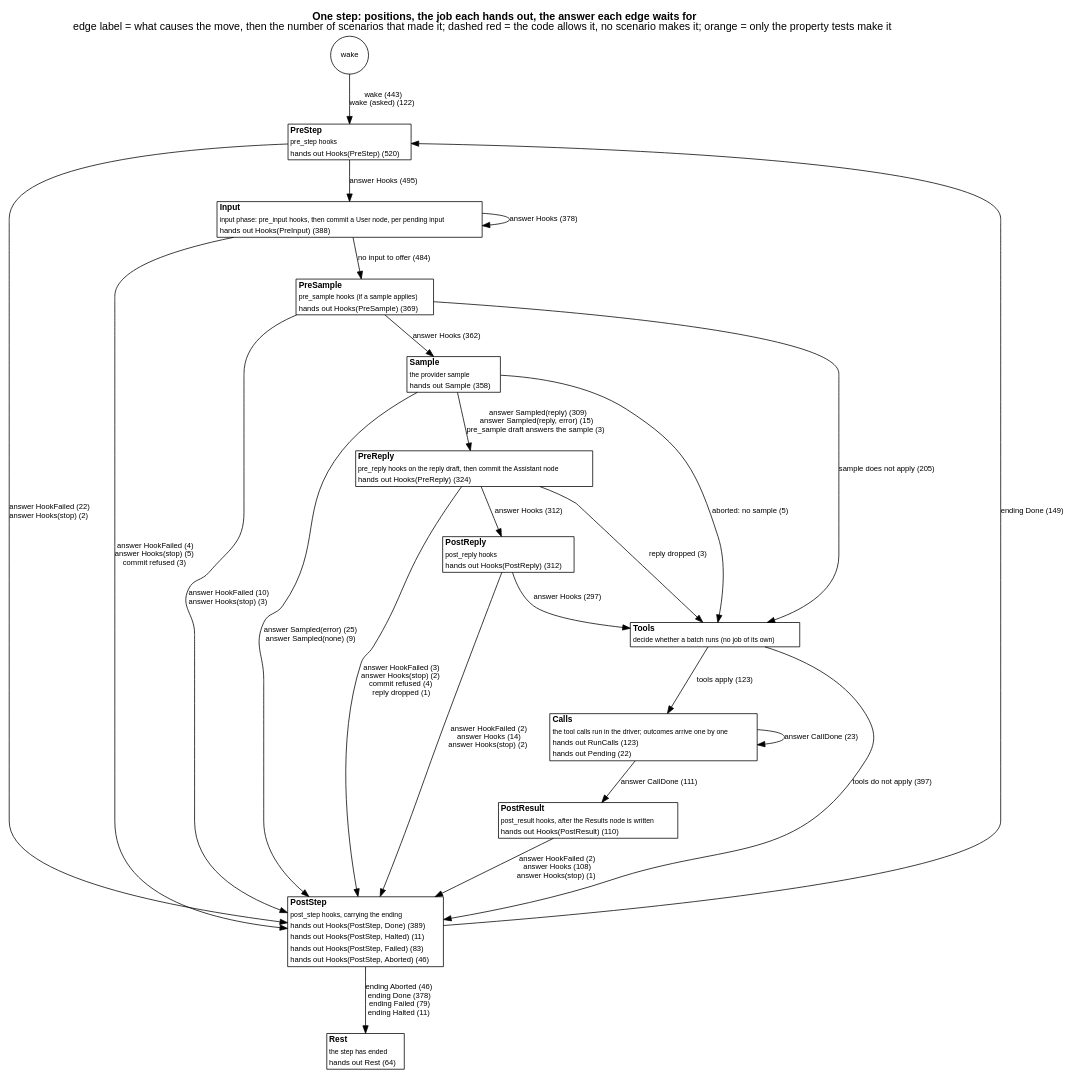
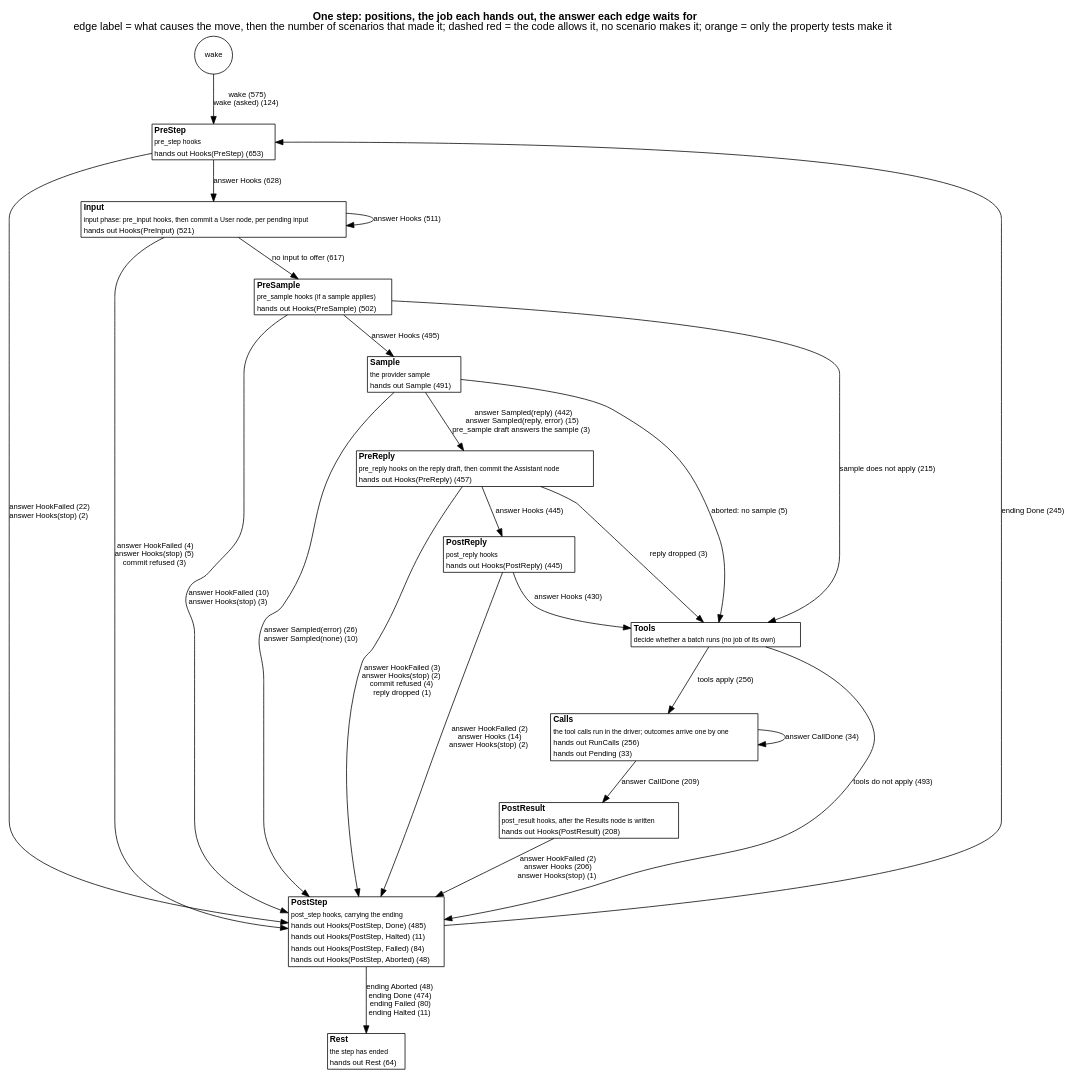
One commit to jmccardle/tau changed the diagram in docs/as-built/diagrams/step-positions.dot. Above: the diagram before and after it, drawn with Graphviz. The commit also changed 40 other files, not shown here.

```diff
--- a/docs/as-built/diagrams/step-positions.dot
+++ b/docs/as-built/diagrams/step-positions.dot
@@ -1,42 +1,42 @@
 // Generated by scripts/diagrams.sh from the test suites' transitions. Do not edit.
 digraph step_positions {
   graph [rankdir=TB, fontname="Helvetica", nodesep=0.5, ranksep=0.6, labelloc=t, label=<<b>One step: positions, the job each hands out, the answer each edge waits for</b><br/>edge label = what causes the move, then the number of scenarios that made it; dashed red = the code allows it, no scenario makes it; orange = only the property tests make it>];
   node [shape=plain, fontname="Helvetica", fontsize=11];
   edge [fontname="Helvetica", fontsize=10];
   "(wake)" [shape=circle, label="wake", fontsize=10];
-  "PreStep" [label=<<table border="1" cellborder="0" cellspacing="0" bgcolor="white"><tr><td align="left"><b>PreStep</b></td></tr><tr><td align="left"><font point-size="9">pre_step hooks</font></td></tr><tr><td align="left"><font color="black" point-size="10">hands out Hooks(PreStep) (520)</font></td></tr></table>>];
-  "Input" [label=<<table border="1" cellborder="0" cellspacing="0" bgcolor="white"><tr><td align="left"><b>Input</b></td></tr><tr><td align="left"><font point-size="9">input phase: pre_input hooks, then commit a User node, per pending input</font></td></tr><tr><td align="left"><font color="black" point-size="10">hands out Hooks(PreInput) (388)</font></td></tr></table>>];
-  "PreSample" [label=<<table border="1" cellborder="0" cellspacing="0" bgcolor="white"><tr><td align="left"><b>PreSample</b></td></tr><tr><td align="left"><font point-size="9">pre_sample hooks (if a sample applies)</font></td></tr><tr><td align="left"><font color="black" point-size="10">hands out Hooks(PreSample) (369)</font></td></tr></table>>];
-  "Sample" [label=<<table border="1" cellborder="0" cellspacing="0" bgcolor="white"><tr><td align="left"><b>Sample</b></td></tr><tr><td align="left"><font point-size="9">the provider sample</font></td></tr><tr><td align="left"><font color="black" point-size="10">hands out Sample (358)</font></td></tr></table>>];
-  "PreReply" [label=<<table border="1" cellborder="0" cellspacing="0" bgcolor="white"><tr><td align="left"><b>PreReply</b></td></tr><tr><td align="left"><font point-size="9">pre_reply hooks on the reply draft, then commit the Assistant node</font></td></tr><tr><td align="left"><font color="black" point-size="10">hands out Hooks(PreReply) (324)</font></td></tr></table>>];
-  "PostReply" [label=<<table border="1" cellborder="0" cellspacing="0" bgcolor="white"><tr><td align="left"><b>PostReply</b></td></tr><tr><td align="left"><font point-size="9">post_reply hooks</font></td></tr><tr><td align="left"><font color="black" point-size="10">hands out Hooks(PostReply) (312)</font></td></tr></table>>];
+  "PreStep" [label=<<table border="1" cellborder="0" cellspacing="0" bgcolor="white"><tr><td align="left"><b>PreStep</b></td></tr><tr><td align="left"><font point-size="9">pre_step hooks</font></td></tr><tr><td align="left"><font color="black" point-size="10">hands out Hooks(PreStep) (653)</font></td></tr></table>>];
+  "Input" [label=<<table border="1" cellborder="0" cellspacing="0" bgcolor="white"><tr><td align="left"><b>Input</b></td></tr><tr><td align="left"><font point-size="9">input phase: pre_input hooks, then commit a User node, per pending input</font></td></tr><tr><td align="left"><font color="black" point-size="10">hands out Hooks(PreInput) (521)</font></td></tr></table>>];
+  "PreSample" [label=<<table border="1" cellborder="0" cellspacing="0" bgcolor="white"><tr><td align="left"><b>PreSample</b></td></tr><tr><td align="left"><font point-size="9">pre_sample hooks (if a sample applies)</font></td></tr><tr><td align="left"><font color="black" point-size="10">hands out Hooks(PreSample) (502)</font></td></tr></table>>];
+  "Sample" [label=<<table border="1" cellborder="0" cellspacing="0" bgcolor="white"><tr><td align="left"><b>Sample</b></td></tr><tr><td align="left"><font point-size="9">the provider sample</font></td></tr><tr><td align="left"><font color="black" point-size="10">hands out Sample (491)</font></td></tr></table>>];
+  "PreReply" [label=<<table border="1" cellborder="0" cellspacing="0" bgcolor="white"><tr><td align="left"><b>PreReply</b></td></tr><tr><td align="left"><font point-size="9">pre_reply hooks on the reply draft, then commit the Assistant node</font></td></tr><tr><td align="left"><font color="black" point-size="10">hands out Hooks(PreReply) (457)</font></td></tr></table>>];
+  "PostReply" [label=<<table border="1" cellborder="0" cellspacing="0" bgcolor="white"><tr><td align="left"><b>PostReply</b></td></tr><tr><td align="left"><font point-size="9">post_reply hooks</font></td></tr><tr><td align="left"><font color="black" point-size="10">hands out Hooks(PostReply) (445)</font></td></tr></table>>];
   "Tools" [label=<<table border="1" cellborder="0" cellspacing="0" bgcolor="white"><tr><td align="left"><b>Tools</b></td></tr><tr><td align="left"><font point-size="9">decide whether a batch runs (no job of its own)</font></td></tr></table>>];
-  "Calls" [label=<<table border="1" cellborder="0" cellspacing="0" bgcolor="white"><tr><td align="left"><b>Calls</b></td></tr><tr><td align="left"><font point-size="9">the tool calls run in the driver; outcomes arrive one by one</font></td></tr><tr><td align="left"><font color="black" point-size="10">hands out RunCalls (123)</font></td></tr><tr><td align="left"><font color="black" point-size="10">hands out Pending (22)</font></td></tr></table>>];
-  "PostResult" [label=<<table border="1" cellborder="0" cellspacing="0" bgcolor="white"><tr><td align="left"><b>PostResult</b></td></tr><tr><td align="left"><font point-size="9">post_result hooks, after the Results node is written</font></td></tr><tr><td align="left"><font color="black" point-size="10">hands out Hooks(PostResult) (110)</font></td></tr></table>>];
-  "PostStep" [label=<<table border="1" cellborder="0" cellspacing="0" bgcolor="white"><tr><td align="left"><b>PostStep</b></td></tr><tr><td align="left"><font point-size="9">post_step hooks, carrying the ending</font></td></tr><tr><td align="left"><font color="black" point-size="10">hands out Hooks(PostStep, Done) (389)</font></td></tr><tr><td align="left"><font color="black" point-size="10">hands out Hooks(PostStep, Halted) (11)</font></td></tr><tr><td align="left"><font color="black" point-size="10">hands out Hooks(PostStep, Failed) (83)</font></td></tr><tr><td align="left"><font color="black" point-size="10">hands out Hooks(PostStep, Aborted) (46)</font></td></tr></table>>];
+  "Calls" [label=<<table border="1" cellborder="0" cellspacing="0" bgcolor="white"><tr><td align="left"><b>Calls</b></td></tr><tr><td align="left"><font point-size="9">the tool calls run in the driver; outcomes arrive one by one</font></td></tr><tr><td align="left"><font color="black" point-size="10">hands out RunCalls (256)</font></td></tr><tr><td align="left"><font color="black" point-size="10">hands out Pending (33)</font></td></tr></table>>];
+  "PostResult" [label=<<table border="1" cellborder="0" cellspacing="0" bgcolor="white"><tr><td align="left"><b>PostResult</b></td></tr><tr><td align="left"><font point-size="9">post_result hooks, after the Results node is written</font></td></tr><tr><td align="left"><font color="black" point-size="10">hands out Hooks(PostResult) (208)</font></td></tr></table>>];
+  "PostStep" [label=<<table border="1" cellborder="0" cellspacing="0" bgcolor="white"><tr><td align="left"><b>PostStep</b></td></tr><tr><td align="left"><font point-size="9">post_step hooks, carrying the ending</font></td></tr><tr><td align="left"><font color="black" point-size="10">hands out Hooks(PostStep, Done) (485)</font></td></tr><tr><td align="left"><font color="black" point-size="10">hands out Hooks(PostStep, Halted) (11)</font></td></tr><tr><td align="left"><font color="black" point-size="10">hands out Hooks(PostStep, Failed) (84)</font></td></tr><tr><td align="left"><font color="black" point-size="10">hands out Hooks(PostStep, Aborted) (48)</font></td></tr></table>>];
   "Rest" [label=<<table border="1" cellborder="0" cellspacing="0" bgcolor="white"><tr><td align="left"><b>Rest</b></td></tr><tr><td align="left"><font point-size="9">the step has ended</font></td></tr><tr><td align="left"><font color="black" point-size="10">hands out Rest (64)</font></td></tr></table>>];
-  "(wake)" -> "PreStep" [label=<wake (443)<br/>wake (asked) (122)>, color="black", style=solid];
-  "Calls" -> "Calls" [label=<answer CallDone (23)>, color="black", style=solid];
-  "Calls" -> "PostResult" [label=<answer CallDone (111)>, color="black", style=solid];
-  "Input" -> "Input" [label=<answer Hooks (378)>, color="black", style=solid];
+  "(wake)" -> "PreStep" [label=<wake (575)<br/>wake (asked) (124)>, color="black", style=solid];
+  "Calls" -> "Calls" [label=<answer CallDone (34)>, color="black", style=solid];
+  "Calls" -> "PostResult" [label=<answer CallDone (209)>, color="black", style=solid];
+  "Input" -> "Input" [label=<answer Hooks (511)>, color="black", style=solid];
   "Input" -> "PostStep" [label=<answer HookFailed (4)<br/>answer Hooks(stop) (5)<br/>commit refused (3)>, color="black", style=solid];
-  "Input" -> "PreSample" [label=<no input to offer (484)>, color="black", style=solid];
+  "Input" -> "PreSample" [label=<no input to offer (617)>, color="black", style=solid];
   "PostReply" -> "PostStep" [label=<answer HookFailed (2)<br/>answer Hooks (14)<br/>answer Hooks(stop) (2)>, color="black", style=solid];
-  "PostReply" -> "Tools" [label=<answer Hooks (297)>, color="black", style=solid];
-  "PostResult" -> "PostStep" [label=<answer HookFailed (2)<br/>answer Hooks (108)<br/>answer Hooks(stop) (1)>, color="black", style=solid];
-  "PostStep" -> "PreStep" [label=<ending Done (149)>, color="black", style=solid];
-  "PostStep" -> "Rest" [label=<ending Aborted (46)<br/>ending Done (378)<br/>ending Failed (79)<br/>ending Halted (11)>, color="black", style=solid];
-  "PreReply" -> "PostReply" [label=<answer Hooks (312)>, color="black", style=solid];
+  "PostReply" -> "Tools" [label=<answer Hooks (430)>, color="black", style=solid];
+  "PostResult" -> "PostStep" [label=<answer HookFailed (2)<br/>answer Hooks (206)<br/>answer Hooks(stop) (1)>, color="black", style=solid];
+  "PostStep" -> "PreStep" [label=<ending Done (245)>, color="black", style=solid];
+  "PostStep" -> "Rest" [label=<ending Aborted (48)<br/>ending Done (474)<br/>ending Failed (80)<br/>ending Halted (11)>, color="black", style=solid];
+  "PreReply" -> "PostReply" [label=<answer Hooks (445)>, color="black", style=solid];
   "PreReply" -> "PostStep" [label=<answer HookFailed (3)<br/>answer Hooks(stop) (2)<br/>commit refused (4)<br/>reply dropped (1)>, color="black", style=solid];
   "PreReply" -> "Tools" [label=<reply dropped (3)>, color="black", style=solid];
   "PreSample" -> "PostStep" [label=<answer HookFailed (10)<br/>answer Hooks(stop) (3)>, color="black", style=solid];
-  "PreSample" -> "Sample" [label=<answer Hooks (362)>, color="black", style=solid];
-  "PreSample" -> "Tools" [label=<sample does not apply (205)>, color="black", style=solid];
-  "PreStep" -> "Input" [label=<answer Hooks (495)>, color="black", style=solid];
+  "PreSample" -> "Sample" [label=<answer Hooks (495)>, color="black", style=solid];
+  "PreSample" -> "Tools" [label=<sample does not apply (215)>, color="black", style=solid];
+  "PreStep" -> "Input" [label=<answer Hooks (628)>, color="black", style=solid];
   "PreStep" -> "PostStep" [label=<answer HookFailed (22)<br/>answer Hooks(stop) (2)>, color="black", style=solid];
-  "Sample" -> "PostStep" [label=<answer Sampled(error) (25)<br/>answer Sampled(none) (9)>, color="black", style=solid];
-  "Sample" -> "PreReply" [label=<answer Sampled(reply) (309)<br/>answer Sampled(reply, error) (15)<br/>pre_sample draft answers the sample (3)>, color="black", style=solid];
+  "Sample" -> "PostStep" [label=<answer Sampled(error) (26)<br/>answer Sampled(none) (10)>, color="black", style=solid];
+  "Sample" -> "PreReply" [label=<answer Sampled(reply) (442)<br/>answer Sampled(reply, error) (15)<br/>pre_sample draft answers the sample (3)>, color="black", style=solid];
   "Sample" -> "Tools" [label=<aborted: no sample (5)>, color="black", style=solid];
-  "Tools" -> "Calls" [label=<tools apply (123)>, color="black", style=solid];
-  "Tools" -> "PostStep" [label=<tools do not apply (397)>, color="black", style=solid];
+  "Tools" -> "Calls" [label=<tools apply (256)>, color="black", style=solid];
+  "Tools" -> "PostStep" [label=<tools do not apply (493)>, color="black", style=solid];
 }
```
